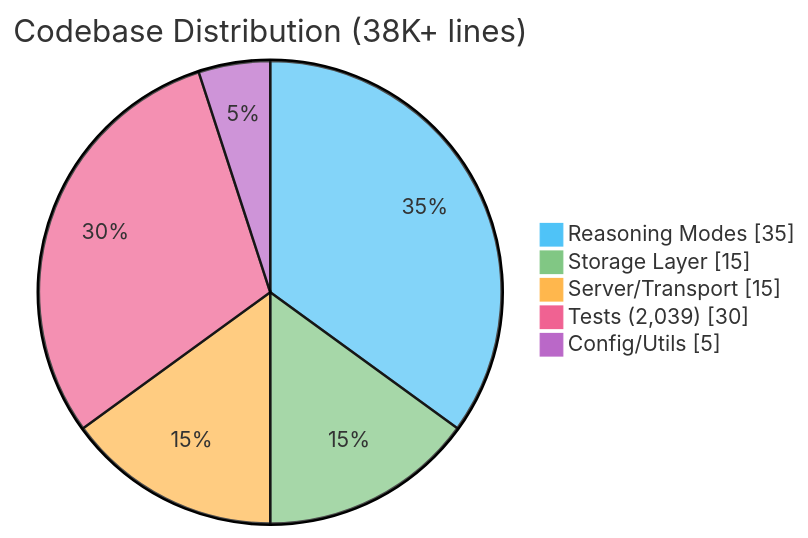
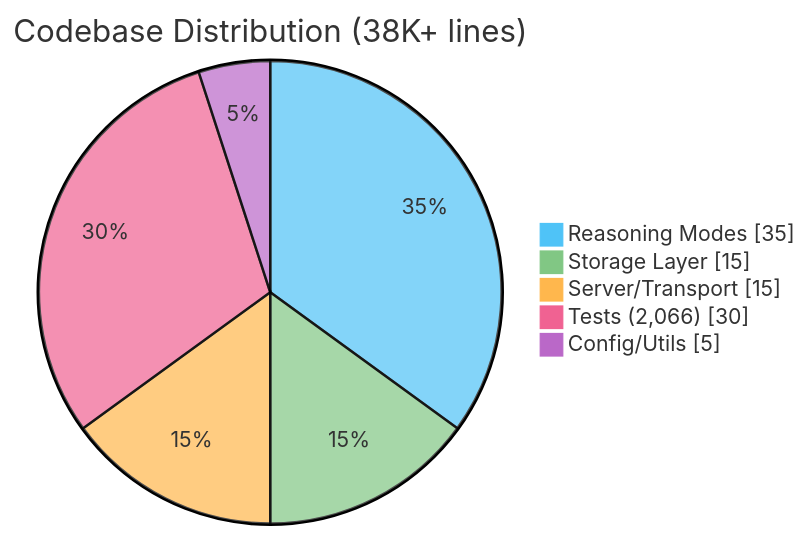
The first of 6 diagrams in README.md (quanticsoul4772/mcp-reasoning), drawn with Mermaid before and after one commit. The commit also changed other lines of this file and 1 other file, not shown here.

````diff
--- a/README.md
+++ b/README.md
@@ -10,9 +10,9 @@
 ```mermaid
 %%{init: {'theme': 'base', 'themeVariables': {'pie1': '#4fc3f7', 'pie2': '#81c784', 'pie3': '#ffb74d', 'pie4': '#f06292', 'pie5': '#ba68c8'}}}%%
 pie showData title Codebase Distribution (38K+ lines)
     "Reasoning Modes" : 35
     "Storage Layer" : 15
     "Server/Transport" : 15
-    "Tests (2,039)" : 30
+    "Tests (2,066)" : 30
     "Config/Utils" : 5
 ```
````
